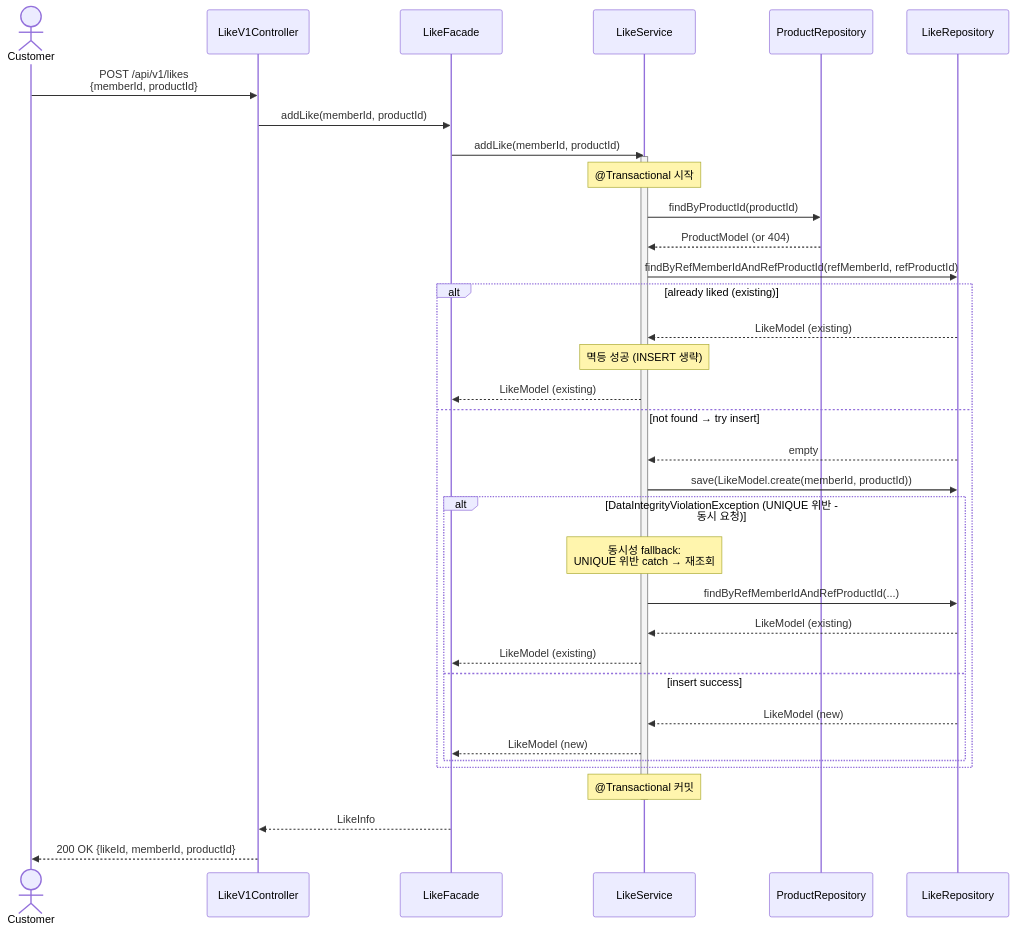
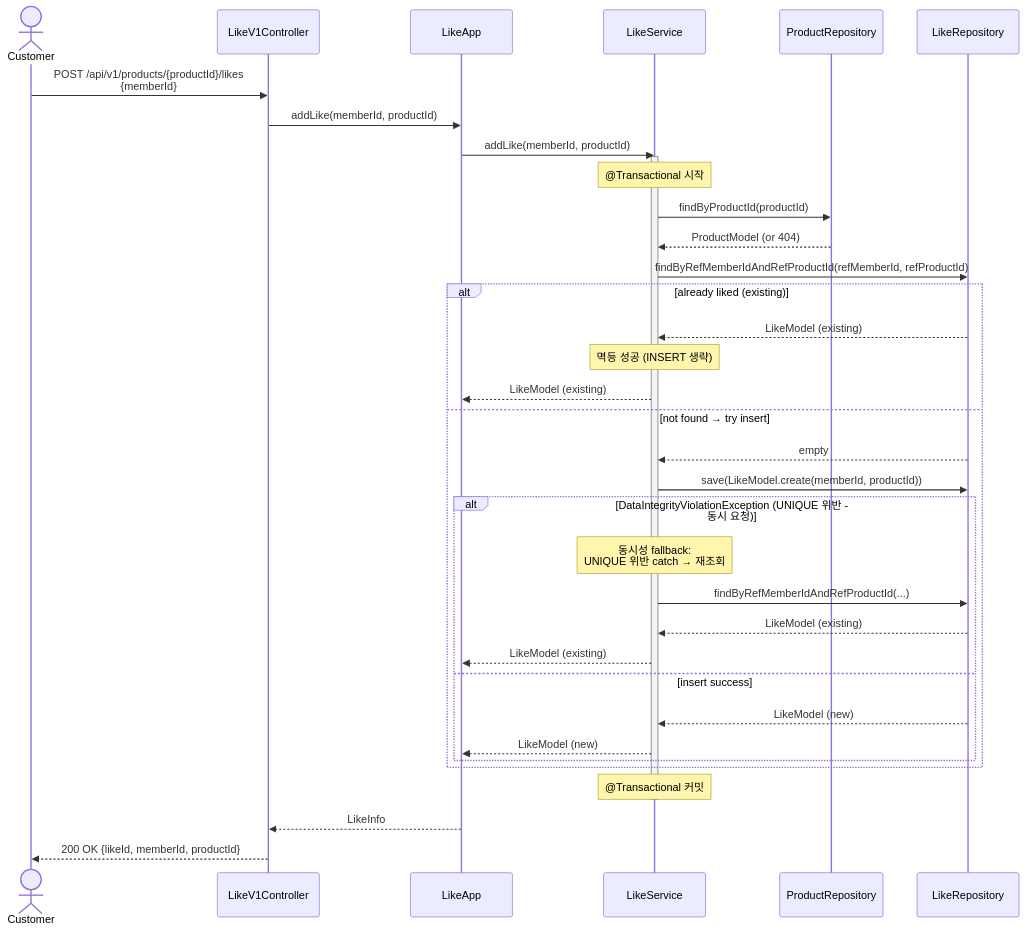
The third of 6 diagrams in docs/design/02-sequence-diagrams.md (YoHanKi/loop-pack-be-l2-vol3-java), drawn with Mermaid before and after one commit. The commit also changed other lines of this file and 31 other files, not shown here.

````diff
--- a/docs/design/02-sequence-diagrams.md
+++ b/docs/design/02-sequence-diagrams.md
@@ -168,48 +204,48 @@
 ```mermaid
 sequenceDiagram
     actor Customer
     participant Controller as LikeV1Controller
-    participant LikeFacade as LikeFacade
+    participant LikeApp as LikeApp
     participant LikeService as LikeService
     participant ProductRepo as ProductRepository
     participant LikeRepo as LikeRepository
 
-    Customer->>Controller: POST /api/v1/likes<br/>{memberId, productId}
-    Controller->>LikeFacade: addLike(memberId, productId)
-    LikeFacade->>LikeService: addLike(memberId, productId)
+    Customer->>Controller: POST /api/v1/products/{productId}/likes<br/>{memberId}
+    Controller->>LikeApp: addLike(memberId, productId)
+    LikeApp->>LikeService: addLike(memberId, productId)
 
     activate LikeService
     Note over LikeService: @Transactional 시작
 
     %% 상품 존재 확인 (ProductRepository 직접 사용)
     LikeService->>ProductRepo: findByProductId(productId)
     ProductRepo-->>LikeService: ProductModel (or 404)
 
     %% 중복 좋아요 확인 (멱등성 - 선조회)
     LikeService->>LikeRepo: findByRefMemberIdAndRefProductId(refMemberId, refProductId)
 
     alt already liked (existing)
         LikeRepo-->>LikeService: LikeModel (existing)
         Note over LikeService: 멱등 성공 (INSERT 생략)
-        LikeService-->>LikeFacade: LikeModel (existing)
+        LikeService-->>LikeApp: LikeModel (existing)
     else not found → try insert
         LikeRepo-->>LikeService: empty
         LikeService->>LikeRepo: save(LikeModel.create(memberId, productId))
 
         alt DataIntegrityViolationException (UNIQUE 위반 - 동시 요청)
             Note over LikeService: 동시성 fallback:<br/>UNIQUE 위반 catch → 재조회
             LikeService->>LikeRepo: findByRefMemberIdAndRefProductId(...)
             LikeRepo-->>LikeService: LikeModel (existing)
-            LikeService-->>LikeFacade: LikeModel (existing)
+            LikeService-->>LikeApp: LikeModel (existing)
         else insert success
             LikeRepo-->>LikeService: LikeModel (new)
-            LikeService-->>LikeFacade: LikeModel (new)
+            LikeService-->>LikeApp: LikeModel (new)
         end
     end
 
     Note over LikeService: @Transactional 커밋
     deactivate LikeService
 
-    LikeFacade-->>Controller: LikeInfo
+    LikeApp-->>Controller: LikeInfo
     Controller-->>Customer: 200 OK {likeId, memberId, productId}
 ```
````
